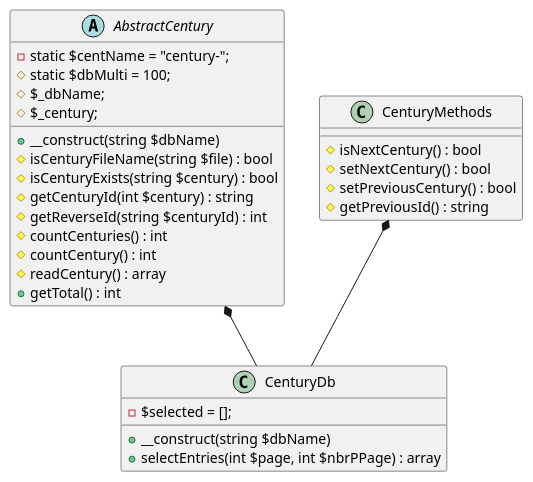
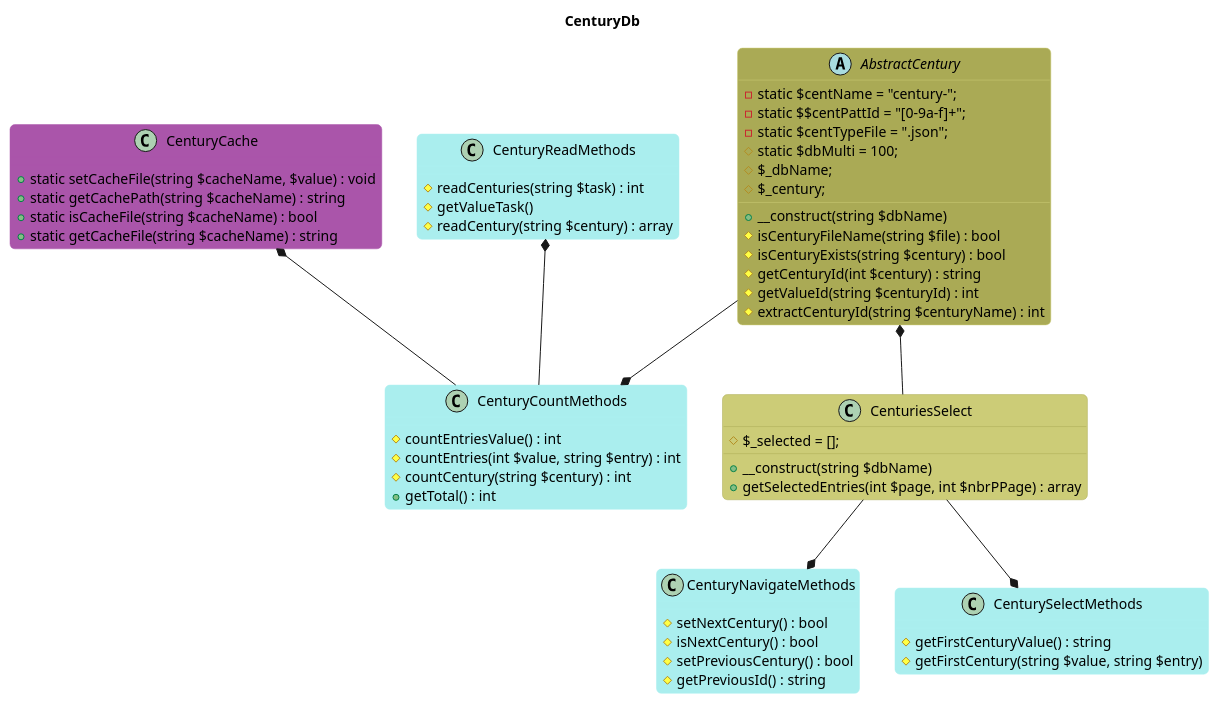
Before and after one commit to ohabille/maincore: the diagram in diagrammesUml/CenturyDb.puml, drawn with PlantUML. The commit also changed 12 other files, not shown here.

```diff
--- a/diagrammesUml/CenturyDb.puml
+++ b/diagrammesUml/CenturyDb.puml
@@ -1,37 +1,73 @@
 @startuml
 
-abstract class AbstractCentury {
+title "CenturyDb"
+
+skinparam packageStyle rectangle
+skinparam roundCorner 10
+
+abstract class AbstractCentury #AA5;line:CC7; {
     -static $centName = "century-";
+    -static $$centPattId = "[0-9a-f]+";
+    -static $centTypeFile = ".json";
     #static $dbMulti = 100;
     #$_dbName;
     #$_century;
 
     +__construct(string $dbName)
     #isCenturyFileName(string $file) : bool
     #isCenturyExists(string $century) : bool
     #getCenturyId(int $century) : string
-    #getReverseId(string $centuryId) : int
-    #countCenturies() : int
-    #countCentury() : int
-    #readCentury() : array
+    #getValueId(string $centuryId) : int
+    #extractCenturyId(string $centuryName) : int
+}
+
+class CenturyCache #A5A;line:A5A; {
+    +static setCacheFile(string $cacheName, $value) : void
+    +static getCachePath(string $cacheName) : string
+    +static isCacheFile(string $cacheName) : bool
+    +static getCacheFile(string $cacheName) : string
+}
+
+class CenturyReadMethods #AEE;line:AEE; {
+    #readCenturies(string $task) : int
+    #getValueTask()
+    #readCentury(string $century) : array
+}
+
+class CenturyCountMethods #AEE;line:AEE; {
+    #countEntriesValue() : int
+    #countEntries(int $value, string $entry) : int
+    #countCentury(string $century) : int
     +getTotal() : int
 }
 
-class CenturyMethods {
+CenturyCache *-- CenturyCountMethods
+AbstractCentury --* CenturyCountMethods
+CenturyReadMethods *-- CenturyCountMethods
+
+class CenturiesSelect #CC7;line:AA5; {
+    #$_selected = [];
+
+    +__construct(string $dbName)
+    +getSelectedEntries(int $page, int $nbrPPage) : array
+}
+
+AbstractCentury *-- CenturiesSelect
+
+class CenturyNavigateMethods #AEE;line:AEE; {
+    #setNextCentury() : bool
     #isNextCentury() : bool
-    #setNextCentury() : bool
     #setPreviousCentury() : bool
     #getPreviousId() : string
 }
 
-class CenturyDb {
-    -$selected = [];
+CenturiesSelect --* CenturyNavigateMethods
 
-    +__construct(string $dbName)
-    +selectEntries(int $page, int $nbrPPage) : array
+class CenturySelectMethods #AEE;line:AEE; {
+    #getFirstCenturyValue() : string
+    #getFirstCentury(string $value, string $entry)
 }
 
-AbstractCentury *-- CenturyDb
-CenturyMethods *-- CenturyDb
+CenturiesSelect --* CenturySelectMethods
 
 @enduml
```
